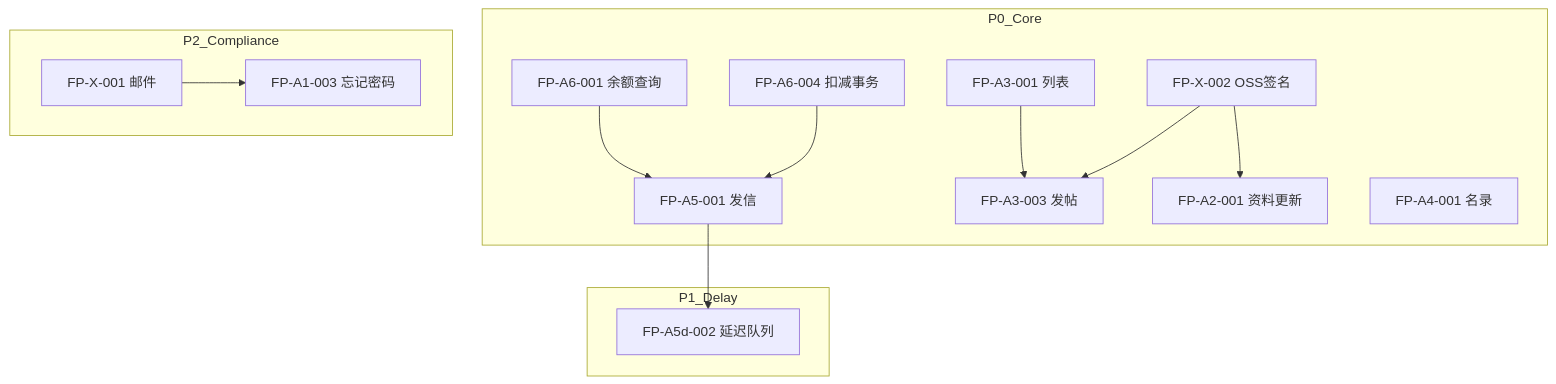
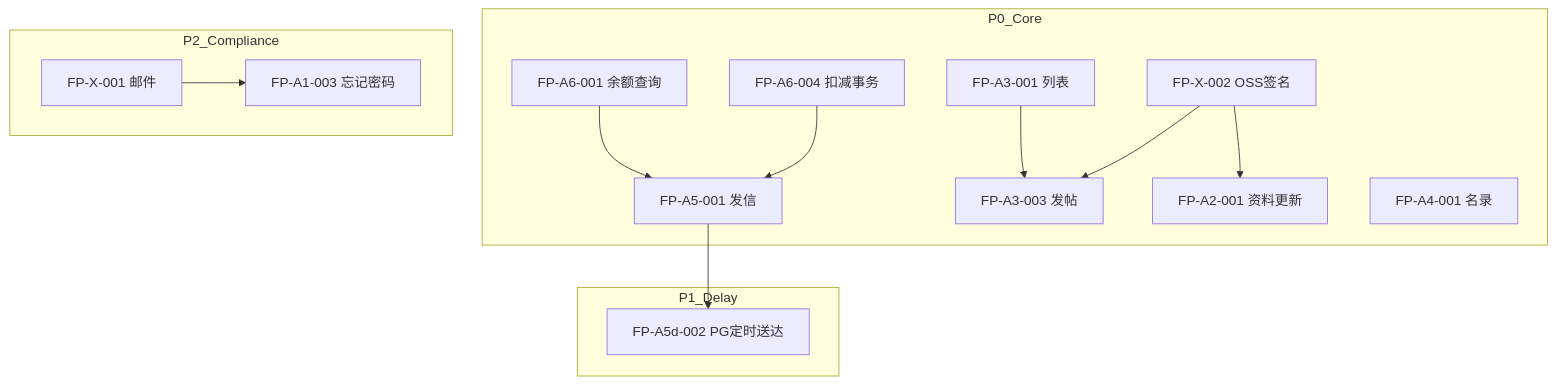
The diagram in doc/plan/03-priority-grouping.md (jiuwohuge/senior-golden), drawn with Mermaid before and after one commit. The commit also changed other lines of this file and 11 other files, not shown here.

````diff
--- a/doc/plan/03-priority-grouping.md
+++ b/doc/plan/03-priority-grouping.md
@@ -66,27 +66,27 @@
 ```mermaid
 flowchart TB
   subgraph p0 [P0_Core]
     X2[FP-X-002 OSS签名]
     A6b[FP-A6-004 扣减事务]
     A6a[FP-A6-001 余额查询]
     A5send[FP-A5-001 发信]
     A3list[FP-A3-001 列表]
     A3create[FP-A3-003 发帖]
     A2prof[FP-A2-001 资料更新]
     A4dir[FP-A4-001 名录]
   end
   X2 --> A3create
   X2 --> A2prof
   A6b --> A5send
   A6a --> A5send
   A3list --> A3create
   subgraph p1 [P1_Delay]
-    A5d[FP-A5d-002 延迟队列]
+    A5d[FP-A5d-002 PG定时送达]
   end
   A5send --> A5d
   subgraph p2 [P2_Compliance]
     X1[FP-X-001 邮件]
     A103[FP-A1-003 忘记密码]
   end
   X1 --> A103
 ```
````
